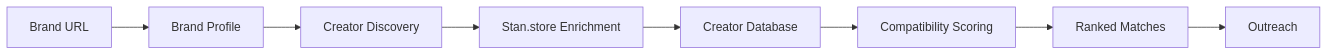
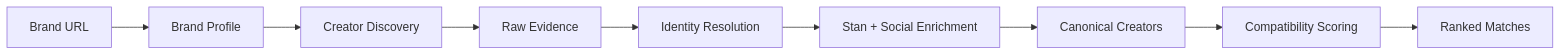
One commit to ShernanJ/creatorgraph changed the first of 2 diagrams in README.md. Above: the diagram before and after it, drawn with Mermaid. The commit also changed other lines of this file, not shown here.

````diff
--- a/README.md
+++ b/README.md
@@ -62,10 +97,11 @@
 ```mermaid
 flowchart LR
   A["Brand URL"] --> B["Brand Profile"]
   B --> C["Creator Discovery"]
-  C --> D["Stan.store Enrichment"]
-  D --> E["Creator Database"]
-  E --> F["Compatibility Scoring"]
-  F --> G["Ranked Matches"]
-  G --> H["Outreach"]
+  C --> D["Raw Evidence"]
+  D --> E["Identity Resolution"]
+  E --> F["Stan + Social Enrichment"]
+  F --> G["Canonical Creators"]
+  G --> H["Compatibility Scoring"]
+  H --> I["Ranked Matches"]
 ```
````
